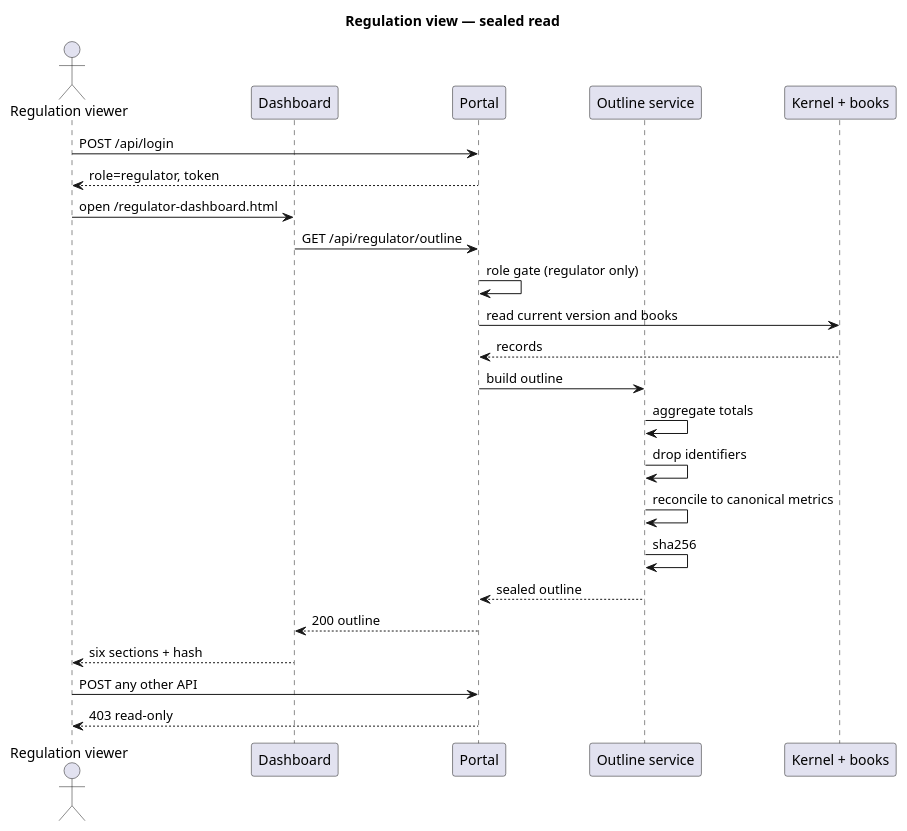
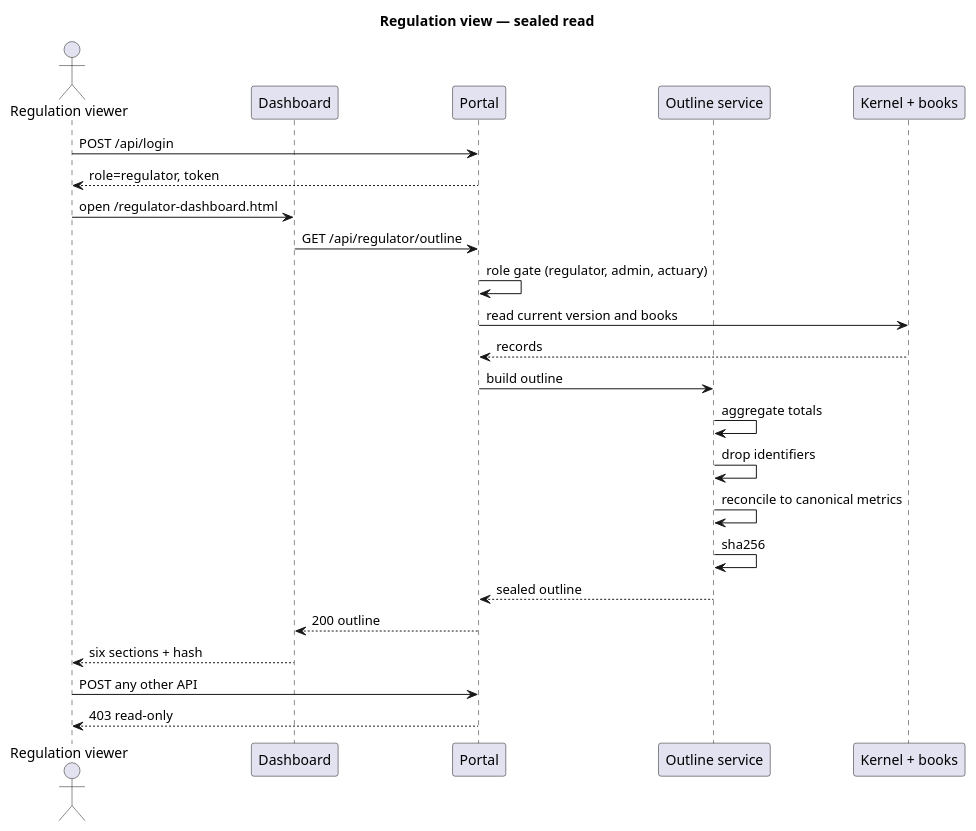
The third of 4 diagrams in docs/uml/regulator_view.puml (ashuryasaf/phins), drawn with PlantUML before and after one commit. The commit also changed other lines of this file and 10 other files, not shown here.

First line of the commit message:
Keep a solved login check and open the regulation view to admin and actuary.

```diff
--- a/docs/uml/regulator_view.puml
+++ b/docs/uml/regulator_view.puml
@@ -104,28 +106,28 @@
 @startuml regulator_view_sequence
 title Regulation view — sealed read
 
 actor "Regulation viewer" as R
 participant "Dashboard" as D
 participant "Portal" as P
 participant "Outline service" as S
 participant "Kernel + books" as B
 
 R -> P : POST /api/login
 P --> R : role=regulator, token
 R -> D : open /regulator-dashboard.html
 D -> P : GET /api/regulator/outline
-P -> P : role gate (regulator only)
+P -> P : role gate (regulator, admin, actuary)
 P -> B : read current version and books
 B --> P : records
 P -> S : build outline
 S -> S : aggregate totals
 S -> S : drop identifiers
 S -> S : reconcile to canonical metrics
 S -> S : sha256
 S --> P : sealed outline
 P --> D : 200 outline
 D --> R : six sections + hash
 
 R -> P : POST any other API
 P --> R : 403 read-only
 @enduml
```
